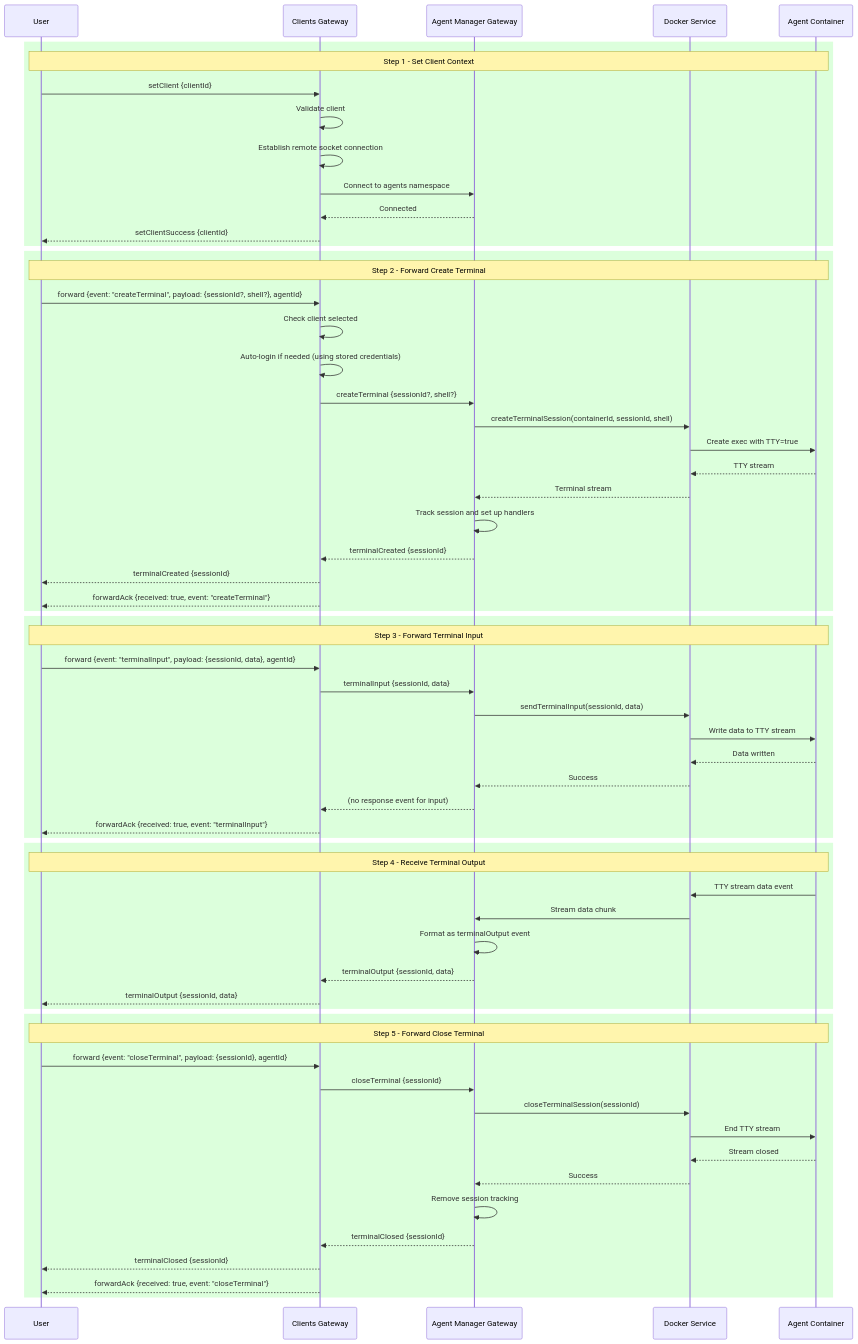
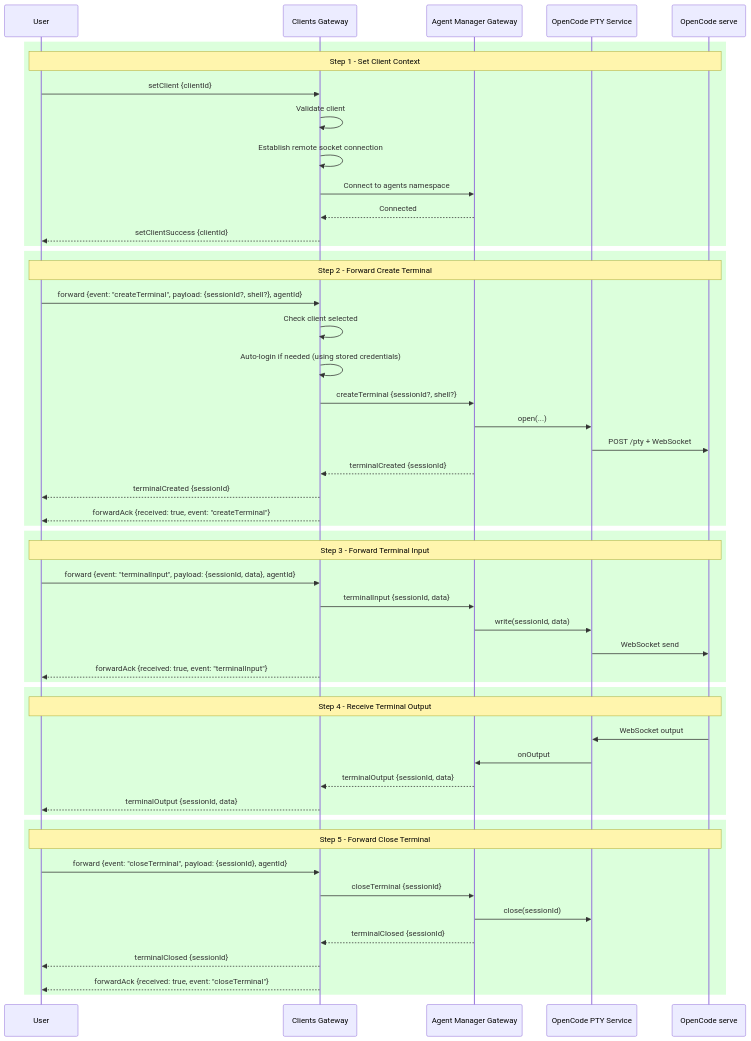
One commit to forepath/one changed the diagram in libs/domains/agenstra/backend/feature-agent-controller/docs/sequence-ws-terminal.mmd. Above: the diagram before and after it, drawn with Mermaid. The commit also changed 322 other files, not shown here.

```diff
--- a/libs/domains/agenstra/backend/feature-agent-controller/docs/sequence-ws-terminal.mmd
+++ b/libs/domains/agenstra/backend/feature-agent-controller/docs/sequence-ws-terminal.mmd
@@ -1,72 +1,61 @@
 sequenceDiagram
     participant User
     participant Controller as Clients Gateway
     participant Manager as Agent Manager Gateway
-    participant Docker as Docker Service
-    participant Container as Agent Container
+    participant Pty as OpenCode PTY Service
+    participant OC as OpenCode serve
 
     rect rgb(220, 255, 220)
-        Note over User,Container: Step 1 - Set Client Context
+        Note over User,OC: Step 1 - Set Client Context
 
         User->>Controller: setClient {clientId}
         Controller->>Controller: Validate client
         Controller->>Controller: Establish remote socket connection
         Controller->>Manager: Connect to agents namespace
         Manager-->>Controller: Connected
         Controller-->>User: setClientSuccess {clientId}
     end
 
     rect rgb(220, 255, 220)
-        Note over User,Container: Step 2 - Forward Create Terminal
+        Note over User,OC: Step 2 - Forward Create Terminal
 
         User->>Controller: forward {event: "createTerminal", payload: {sessionId?, shell?}, agentId}
         Controller->>Controller: Check client selected
         Controller->>Controller: Auto-login if needed (using stored credentials)
         Controller->>Manager: createTerminal {sessionId?, shell?}
-        Manager->>Docker: createTerminalSession(containerId, sessionId, shell)
-        Docker->>Container: Create exec with TTY=true
-        Container-->>Docker: TTY stream
-        Docker-->>Manager: Terminal stream
-        Manager->>Manager: Track session and set up handlers
+        Manager->>Pty: open(...)
+        Pty->>OC: POST /pty + WebSocket
         Manager-->>Controller: terminalCreated {sessionId}
         Controller-->>User: terminalCreated {sessionId}
         Controller-->>User: forwardAck {received: true, event: "createTerminal"}
     end
 
     rect rgb(220, 255, 220)
-        Note over User,Container: Step 3 - Forward Terminal Input
+        Note over User,OC: Step 3 - Forward Terminal Input
 
         User->>Controller: forward {event: "terminalInput", payload: {sessionId, data}, agentId}
         Controller->>Manager: terminalInput {sessionId, data}
-        Manager->>Docker: sendTerminalInput(sessionId, data)
-        Docker->>Container: Write data to TTY stream
-        Container-->>Docker: Data written
-        Docker-->>Manager: Success
-        Manager-->>Controller: (no response event for input)
+        Manager->>Pty: write(sessionId, data)
+        Pty->>OC: WebSocket send
         Controller-->>User: forwardAck {received: true, event: "terminalInput"}
     end
 
     rect rgb(220, 255, 220)
-        Note over User,Container: Step 4 - Receive Terminal Output
+        Note over User,OC: Step 4 - Receive Terminal Output
 
-        Container->>Docker: TTY stream data event
-        Docker->>Manager: Stream data chunk
-        Manager->>Manager: Format as terminalOutput event
+        OC->>Pty: WebSocket output
+        Pty->>Manager: onOutput
         Manager-->>Controller: terminalOutput {sessionId, data}
         Controller-->>User: terminalOutput {sessionId, data}
     end
 
     rect rgb(220, 255, 220)
-        Note over User,Container: Step 5 - Forward Close Terminal
+        Note over User,OC: Step 5 - Forward Close Terminal
 
         User->>Controller: forward {event: "closeTerminal", payload: {sessionId}, agentId}
         Controller->>Manager: closeTerminal {sessionId}
-        Manager->>Docker: closeTerminalSession(sessionId)
-        Docker->>Container: End TTY stream
-        Container-->>Docker: Stream closed
-        Docker-->>Manager: Success
-        Manager->>Manager: Remove session tracking
+        Manager->>Pty: close(sessionId)
         Manager-->>Controller: terminalClosed {sessionId}
         Controller-->>User: terminalClosed {sessionId}
         Controller-->>User: forwardAck {received: true, event: "closeTerminal"}
     end
```
